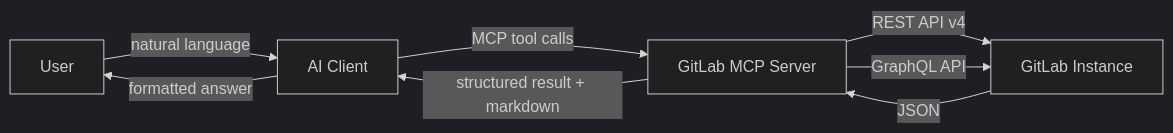
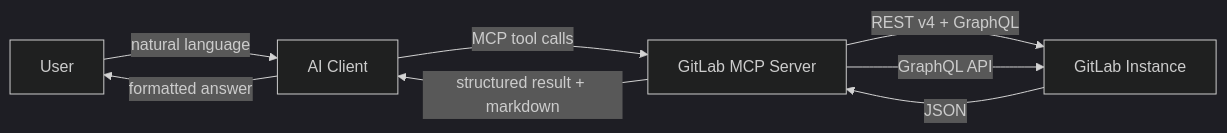
The first of 4 diagrams in site/src/content/docs/architecture.mdx (jmrplens/gitlab-mcp-server), drawn with Mermaid (dark theme) before and after one commit. The commit also changed 17 other files, not shown here.

````diff
--- a/site/src/content/docs/architecture.mdx
+++ b/site/src/content/docs/architecture.mdx
@@ -14,10 +14,10 @@
 ```mermaid
 graph LR
     U[User] -->|natural language| AI[AI Client]
     AI -->|MCP tool calls| S[GitLab MCP Server]
-    S -->|REST API v4| G[GitLab Instance]
+    S -->|REST v4 + GraphQL| G[GitLab Instance]
     S -->|GraphQL API| G
     G -->|JSON| S
     S -->|structured result + markdown| AI
     AI -->|formatted answer| U
 ```
````
